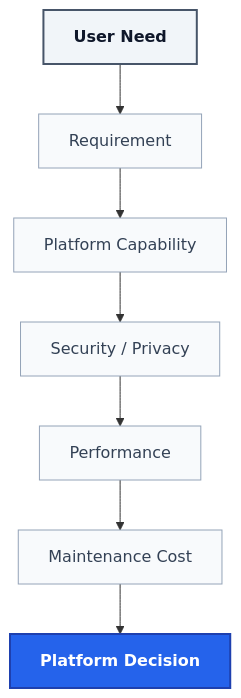
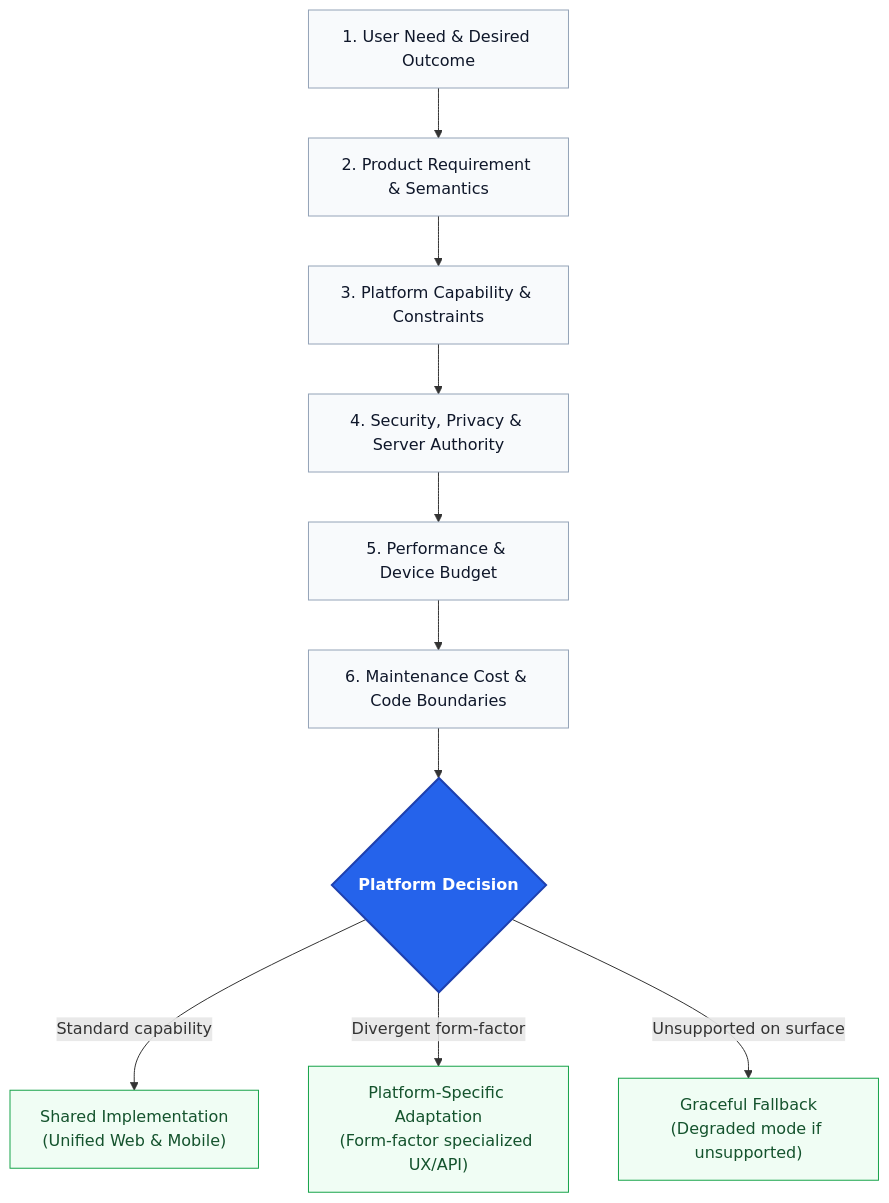
Before and after one commit to davidalbertstark-lab/Lenar: the fourth of 4 diagrams in docs/architecture/05-Platform.md, drawn with Mermaid. The commit also changed other lines of this file and 28 other files, not shown here.

Commit message:
docs: system-wide diagram redesign for first-instance comprehension

````diff
--- a/docs/architecture/05-Platform.md
+++ b/docs/architecture/05-Platform.md
@@ -209,25 +172,30 @@
 ```mermaid
 flowchart TD
-    classDef origin fill:#f1f5f9,stroke:#475569,stroke-width:2px,font-weight:bold,color:#0f172a
-    classDef step fill:#f8fafc,stroke:#94a3b8,stroke-width:1px,color:#334155
-    classDef decision fill:#2563eb,color:#fff,stroke:#1e40af,stroke-width:2px,font-weight:bold
+    classDef step fill:#f8fafc,stroke:#94a3b8,stroke-width:1px,color:#0f172a
+    classDef decision fill:#2563eb,stroke:#1e40af,stroke-width:2px,color:#ffffff,font-weight:bold
+    classDef outcome fill:#f0fdf4,stroke:#16a34a,stroke-width:1px,color:#14532d
 
-    UN[User Need]
-    R[Requirement]
-    PC[Platform Capability]
-    SP[Security / Privacy]
-    P[Performance]
-    MC[Maintenance Cost]
-    PD[Platform Decision]
+    UN["1. User Need & Desired Outcome"]:::step
+    R["2. Product Requirement & Semantics"]:::step
+    PC["3. Platform Capability & Constraints"]:::step
+    SP["4. Security, Privacy & Server Authority"]:::step
+    P["5. Performance & Device Budget"]:::step
+    MC["6. Maintenance Cost & Code Boundaries"]:::step
     
+    PD{"Platform Decision"}:::decision
+    
+    O1["Shared Implementation<br/>(Unified Web & Mobile)"]:::outcome
+    O2["Platform-Specific Adaptation<br/>(Form-factor specialized UX/API)"]:::outcome
+    O3["Graceful Fallback<br/>(Degraded mode if unsupported)"]:::outcome
+
     UN --> R
     R --> PC
     PC --> SP
     SP --> P
     P --> MC
     MC --> PD
     
-    class UN origin;
-    class R,PC,SP,P,MC step;
-    class PD decision;
+    PD -->|"Standard capability"| O1
+    PD -->|"Divergent form-factor"| O2
+    PD -->|"Unsupported on surface"| O3
 ```
````
